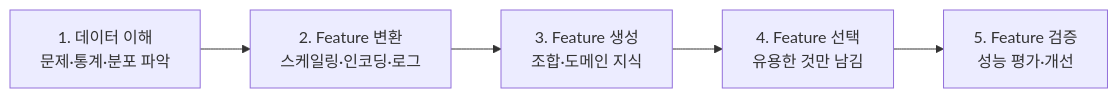
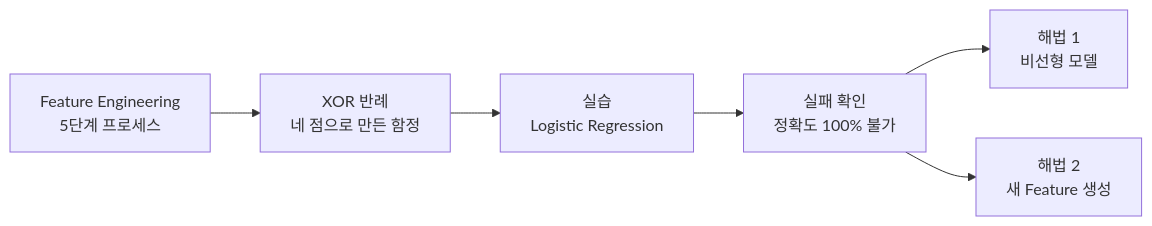
One commit to umyunsang/edu changed the diagram in ComputerScience/03_ai-ml-data/quantum-ml/01. 표현력의 한계.md. Above: the diagram before and after it, drawn with Mermaid. The commit also changed other lines of this file, not shown here.

````diff
--- a/ComputerScience/03_ai-ml-data/quantum-ml/01. 표현력의 한계.md
+++ b/ComputerScience/03_ai-ml-data/quantum-ml/01. 표현력의 한계.md
@@ -32,7 +27,8 @@
 ```mermaid
 flowchart LR
-    S1["1. 데이터 이해<br/>문제·통계·분포 파악"] --> S2["2. Feature 변환<br/>스케일링·인코딩·로그"]
-    S2 --> S3["3. Feature 생성<br/>조합·도메인 지식"]
-    S3 --> S4["4. Feature 선택<br/>유용한 것만 남김"]
-    S4 --> S5["5. Feature 검증<br/>성능 평가·개선"]
+    A["Feature Engineering<br/>5단계 프로세스"] --> B["XOR 반례<br/>네 점으로 만든 함정"]
+    B --> C["실습<br/>Logistic Regression"]
+    C --> D["실패 확인<br/>정확도 100% 불가"]
+    D --> E["해법 1<br/>비선형 모델"]
+    D --> F["해법 2<br/>새 Feature 생성"]
 ```
````
